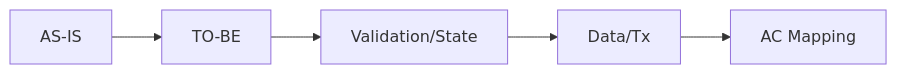
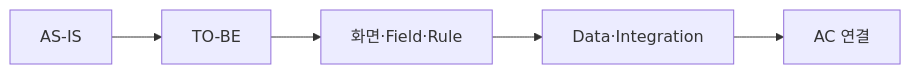
Before and after one commit to Seunghyun0606/SDLC_DDD_SDD: the fifth of 8 diagrams in sdlc/guides/01_SDLC_전체가이드.md, drawn with Mermaid. The commit also changed other lines of this file, not shown here.

````diff
--- a/sdlc/guides/01_SDLC_전체가이드.md
+++ b/sdlc/guides/01_SDLC_전체가이드.md
@@ -47,4 +51,4 @@
 ```mermaid
 flowchart LR
-    A["AS-IS"] --> B["TO-BE"] --> C["Validation/State"] --> D["Data/Tx"] --> E["AC Mapping"]
+    A["AS-IS"] --> B["TO-BE"] --> C["화면·Field·Rule"] --> D["Data·Integration"] --> E["AC 연결"]
 ```
````
